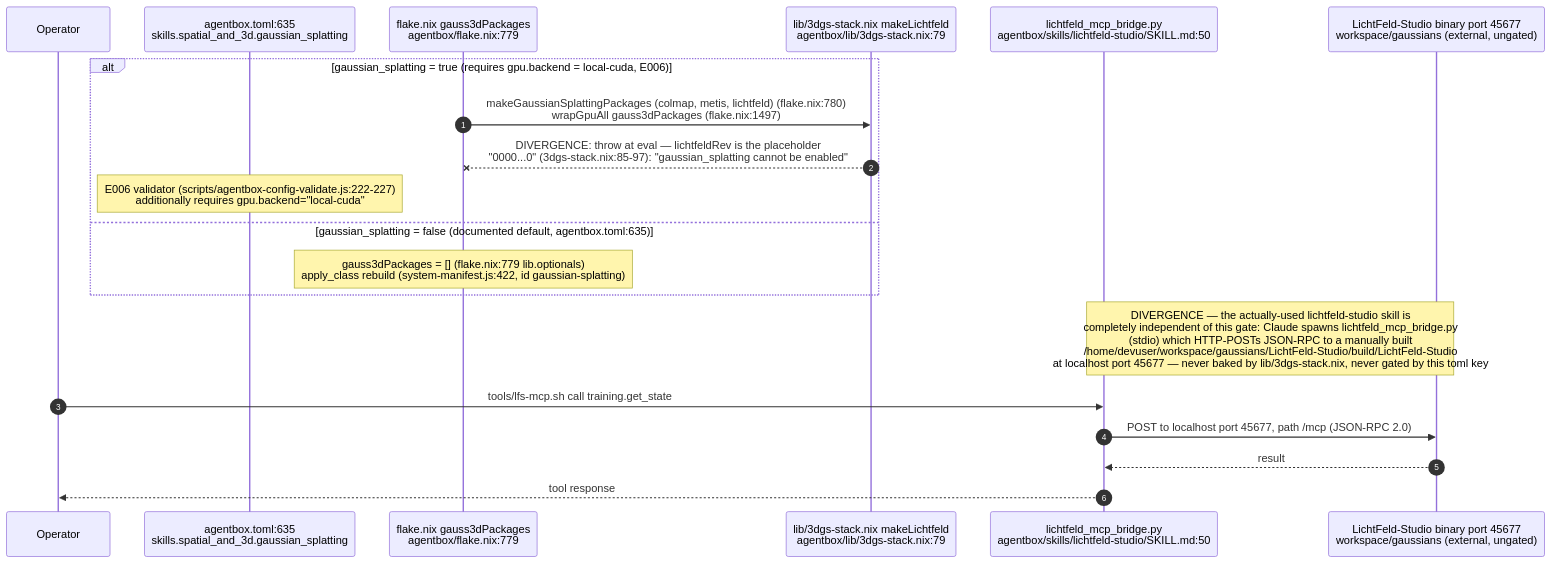
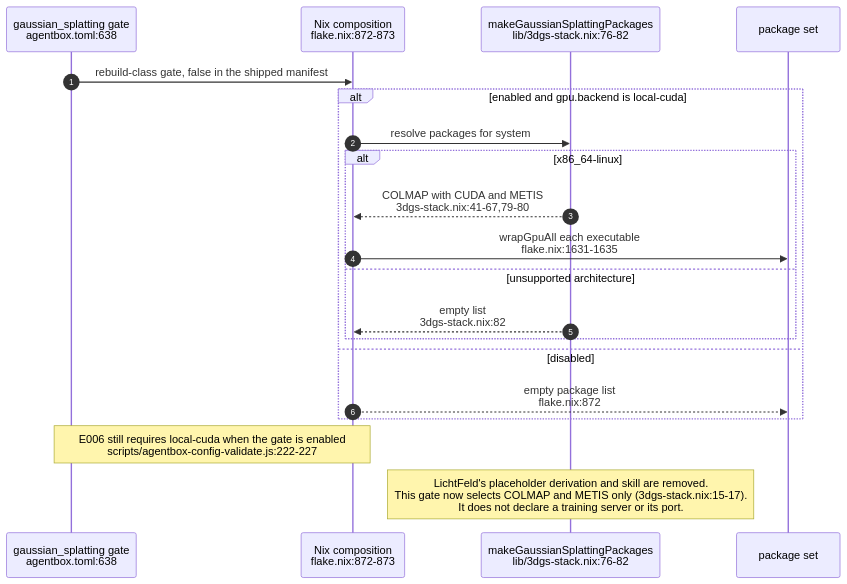
One commit to DreamLab-AI/VisionFlow changed the ninth of 14 diagrams in docs/diagrams/agentbox/27-media-gpu-capability-services.md. Above: the diagram before and after it, drawn with Mermaid. The commit also changed other lines of this file and 5 other files, not shown here.

````diff
--- a/docs/diagrams/agentbox/27-media-gpu-capability-services.md
+++ b/docs/diagrams/agentbox/27-media-gpu-capability-services.md
@@ -302,23 +303,22 @@
 ```mermaid
 sequenceDiagram
     autonumber
-    participant Op as Operator
-    participant Toml as agentbox.toml:635<br/>skills.spatial_and_3d.gaussian_splatting
-    participant Flake as flake.nix gauss3dPackages<br/>agentbox/flake.nix:779
-    participant Nix3dgs as lib/3dgs-stack.nix makeLichtfeld<br/>agentbox/lib/3dgs-stack.nix:79
-    participant Bridge as lichtfeld_mcp_bridge.py<br/>agentbox/skills/lichtfeld-studio/SKILL.md:50
-    participant LFS as LichtFeld-Studio binary port 45677<br/>workspace/gaussians (external, ungated)
-
-    alt gaussian_splatting = true (requires gpu.backend = local-cuda, E006)
-        Flake->>Nix3dgs: makeGaussianSplattingPackages (colmap, metis, lichtfeld) (flake.nix:780)<br/>wrapGpuAll gauss3dPackages (flake.nix:1497)
-        Nix3dgs--xFlake: DIVERGENCE: throw at eval — lichtfeldRev is the placeholder<br/>"0000...0" (3dgs-stack.nix:85-97): "gaussian_splatting cannot be enabled"
-        Note over Toml: E006 validator (scripts/agentbox-config-validate.js:222-227)<br/>additionally requires gpu.backend="local-cuda"
-    else gaussian_splatting = false (documented default, agentbox.toml:635)
-        Note over Flake: gauss3dPackages = [] (flake.nix:779 lib.optionals)<br/>apply_class rebuild (system-manifest.js:422, id gaussian-splatting)
+    participant TOML as gaussian_splatting gate<br/>agentbox.toml:638
+    participant F as Nix composition<br/>flake.nix:872-873
+    participant GS as makeGaussianSplattingPackages<br/>lib/3dgs-stack.nix:76-82
+    participant PKG as package set
+    TOML->>F: rebuild-class gate, false in the shipped manifest
+    alt enabled and gpu.backend is local-cuda
+        F->>GS: resolve packages for system
+        alt x86_64-linux
+            GS-->>F: COLMAP with CUDA and METIS<br/>3dgs-stack.nix:41-67,79-80
+            F->>PKG: wrapGpuAll each executable<br/>flake.nix:1631-1635
+        else unsupported architecture
+            GS-->>F: empty list<br/>3dgs-stack.nix:82
+        end
+    else disabled
+        F-->>PKG: empty package list<br/>flake.nix:872
     end
-    Note over Bridge,LFS: DIVERGENCE — the actually-used lichtfeld-studio skill is<br/>completely independent of this gate: Claude spawns lichtfeld_mcp_bridge.py<br/>(stdio) which HTTP-POSTs JSON-RPC to a manually built<br/>/home/devuser/workspace/gaussians/LichtFeld-Studio/build/LichtFeld-Studio<br/>at localhost port 45677 — never baked by lib/3dgs-stack.nix, never gated by this toml key
-    Op->>Bridge: tools/lfs-mcp.sh call training.get_state
-    Bridge->>LFS: POST to localhost port 45677, path /mcp (JSON-RPC 2.0)
-    LFS-->>Bridge: result
-    Bridge-->>Op: tool response
+    Note over TOML,F: E006 still requires local-cuda when the gate is enabled<br/>scripts/agentbox-config-validate.js:222-227
+    Note over GS: LichtFeld's placeholder derivation and skill are removed.<br/>This gate now selects COLMAP and METIS only (3dgs-stack.nix:15-17).<br/>It does not declare a training server or its port.
 ```
````
